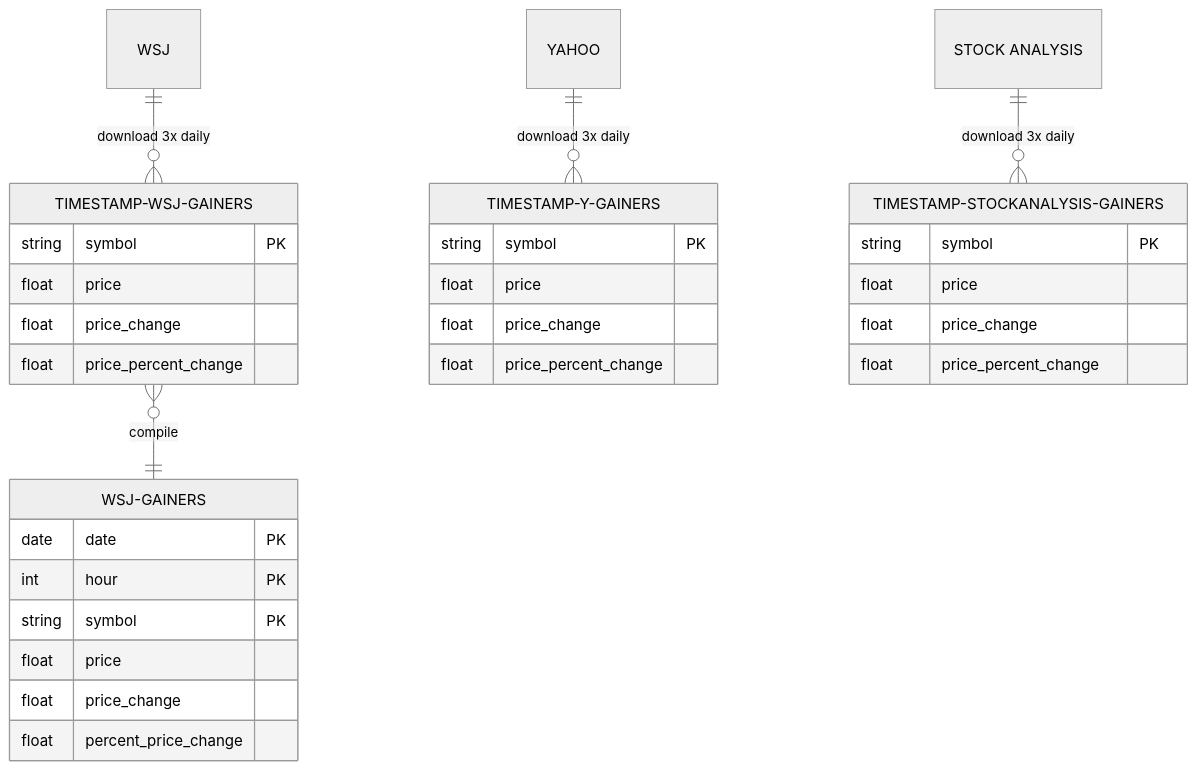
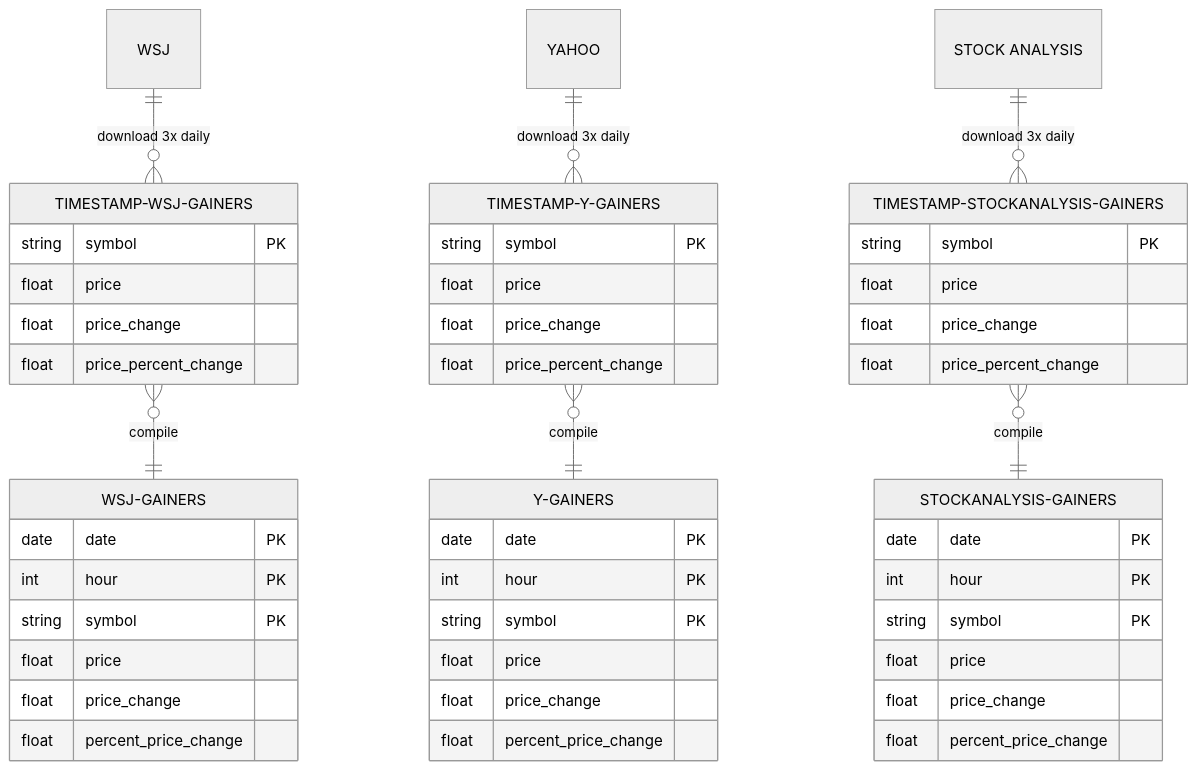
Before and after one commit to KazBarker/SP25_DS5111_nrg6cb: the diagram in ERD/ERD.md, drawn with Mermaid (neutral theme).

Commit message:
added ygainers and stockanalysis tables

````diff
--- a/ERD/ERD.md
+++ b/ERD/ERD.md
@@ -2,36 +2,54 @@
 ```mermaid
 erDiagram
     WSJ only one to zero or more TIMESTAMP-WSJ-GAINERS : "download 3x daily"
     YAHOO only one to zero or more TIMESTAMP-Y-GAINERS : "download 3x daily"
     "STOCK ANALYSIS" only one to zero or more TIMESTAMP-STOCKANALYSIS-GAINERS : "download 3x daily"
     
     TIMESTAMP-WSJ-GAINERS {
         string symbol PK
         float price
         float price_change
         float price_percent_change
     }
     TIMESTAMP-Y-GAINERS {
         string symbol PK
         float price
         float price_change
         float price_percent_change
     }
     TIMESTAMP-STOCKANALYSIS-GAINERS {
         string symbol PK
         float price
         float price_change
         float price_percent_change
     }
 
     TIMESTAMP-WSJ-GAINERS many to only one WSJ-GAINERS : "compile"
+    TIMESTAMP-Y-GAINERS many to only one Y-GAINERS : "compile"
+    TIMESTAMP-STOCKANALYSIS-GAINERS many to only one STOCKANALYSIS-GAINERS : "compile"
 
     WSJ-GAINERS {
         date date PK
         int hour PK
         string symbol PK
         float price
         float price_change
         float percent_price_change
     }
+    Y-GAINERS {
+        date date PK
+        int hour PK
+        string symbol PK
+        float price
+        float price_change
+        float percent_price_change
+    }
+    STOCKANALYSIS-GAINERS {
+        date date PK
+        int hour PK
+        string symbol PK
+        float price
+        float price_change
+        float percent_price_change
+    }
 ```
````
